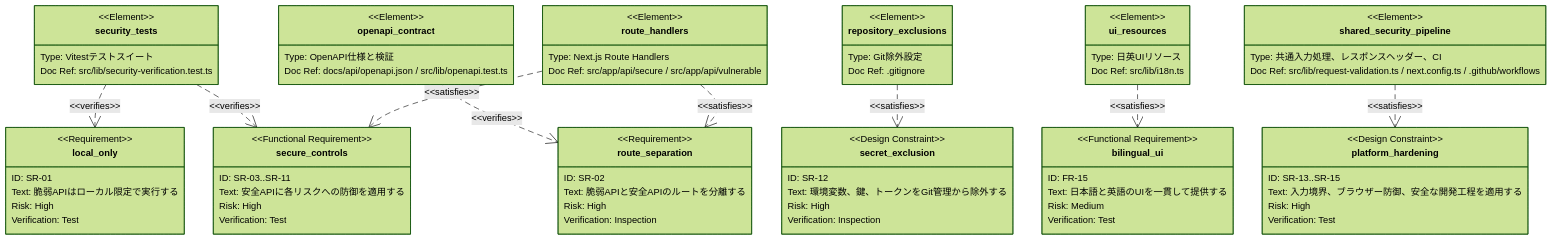
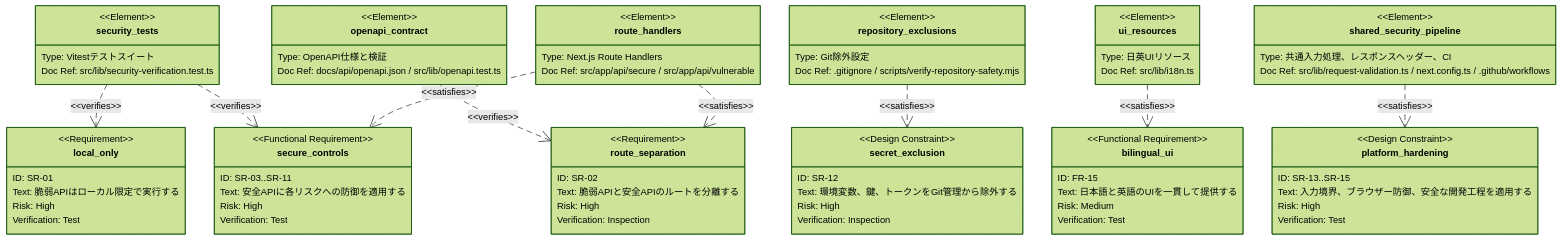
One commit to kiryu1211/api-security-lab-platform changed the first of 2 diagrams in docs/requirements.ja.md. Above: the diagram before and after it, drawn with Mermaid (forest theme). The commit also changed other lines of this file and 9 other files, not shown here.

Commit message:
Add repository safety gate

```diff
--- a/docs/requirements.ja.md
+++ b/docs/requirements.ja.md
@@ -139,7 +140,7 @@
 
     element repository_exclusions {
         type: "Git除外設定"
-        docref: ".gitignore"
+        docref: ".gitignore / scripts/verify-repository-safety.mjs"
     }
 
     element ui_resources {
```
